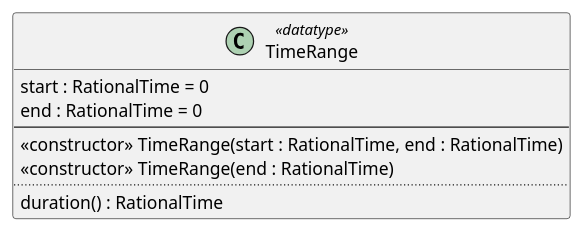
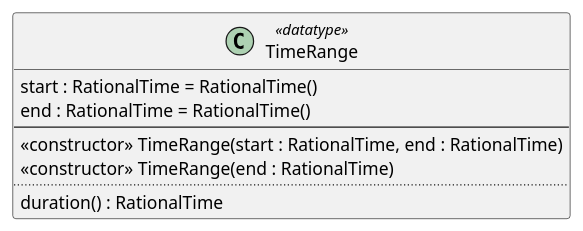
Before and after one commit to sandflow/otio-core-specification: diagram 32 of 32 in src/main/md/otio-core.md, drawn with PlantUML. The commit also changed other lines of this file and 11 other files, not shown here.

Commit message:
Updated schema per test material

````diff
--- a/src/main/md/otio-core.md
+++ b/src/main/md/otio-core.md
@@ -1632,17 +1801,17 @@
 ```puml
 @startuml
 hide empty members
 skinparam classAttributeIconSize 0
 
 class TimeRange <<datatype>> {
-  start : RationalTime = 0
-  end : RationalTime = 0
+  start : RationalTime = RationalTime()
+  end : RationalTime = RationalTime()
   --
   <<constructor>> TimeRange(start : RationalTime, end : RationalTime)
   <<constructor>> TimeRange(end : RationalTime)
   ..
   duration() : RationalTime
 }
 
 @enduml
 ```
````
